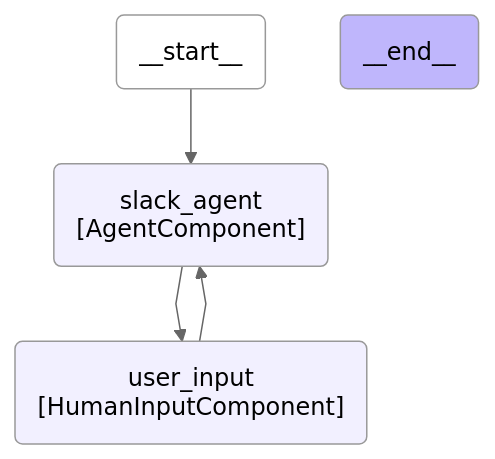
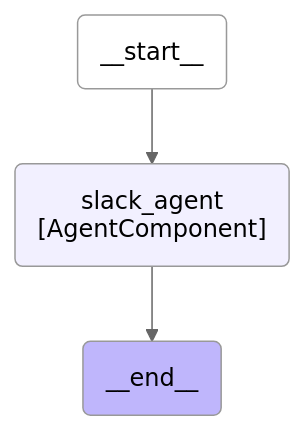
Before and after one commit to movax01h/ai-gateway: diagram 44 of 47 in docs/duo_workflow_service_graphs.md, drawn with Mermaid (neutral theme). The commit also changed 1 other file, not shown here.

Commit message:
Revert "Merge branch 'feature/slack-assistant-human-input' into 'main'"

````diff
--- a/docs/duo_workflow_service_graphs.md
+++ b/docs/duo_workflow_service_graphs.md
@@ -1362,18 +1362,16 @@
 ```mermaid
 ---
 config:
     flowchart:
         curve: linear
 ---
 graph TD;
     __start__(__start__):::first;
     __end__(__end__):::last;
     __start__ --> slack_agent;
     slack_agent(slack_agent<br>#91;AgentComponent#93;);
-    user_input(user_input<br>#91;HumanInputComponent#93;);
-    slack_agent --> user_input;
-    user_input --> slack_agent;
+    slack_agent --> __end__;
     classDef default fill:#f2f0ff,line-height:1.2;
     classDef first fill-opacity:0;
     classDef last fill:#bfb6fc;
 ```
````
